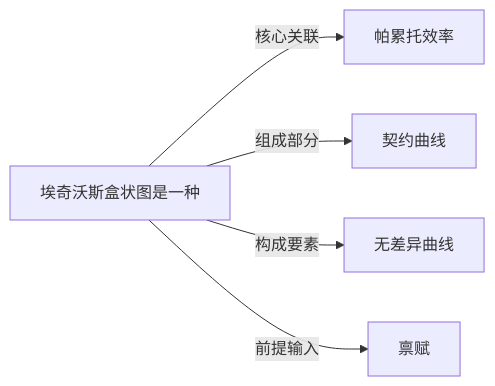
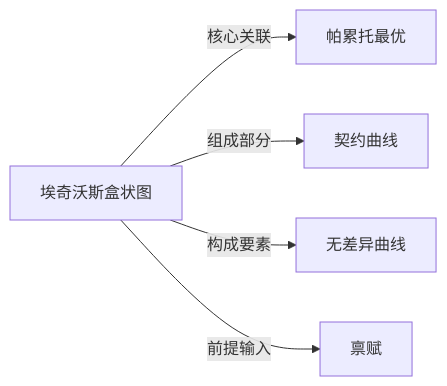
The diagram in Knowledge/Concepts/经济/埃奇沃斯盒状图.md (KIMMCHOW/MyKnowledge), drawn with Mermaid before and after one commit. The commit also changed 96 other files, not shown here.

Commit message:
fix: 修复概念页关系图节点并补齐缺失关联

````diff
--- a/Knowledge/Concepts/经济/埃奇沃斯盒状图.md
+++ b/Knowledge/Concepts/经济/埃奇沃斯盒状图.md
@@ -44,7 +44,7 @@
 ```mermaid
 graph LR
-    埃奇沃斯盒状图是一种 -->|核心关联| 帕累托效率
-    埃奇沃斯盒状图是一种 -->|组成部分| 契约曲线
-    埃奇沃斯盒状图是一种 -->|构成要素| 无差异曲线
-    埃奇沃斯盒状图是一种 -->|前提输入| 禀赋
+埃奇沃斯盒状图 -->|核心关联| 帕累托最优
+埃奇沃斯盒状图 -->|组成部分| 契约曲线
+埃奇沃斯盒状图 -->|构成要素| 无差异曲线
+埃奇沃斯盒状图 -->|前提输入| 禀赋
 ```
````
